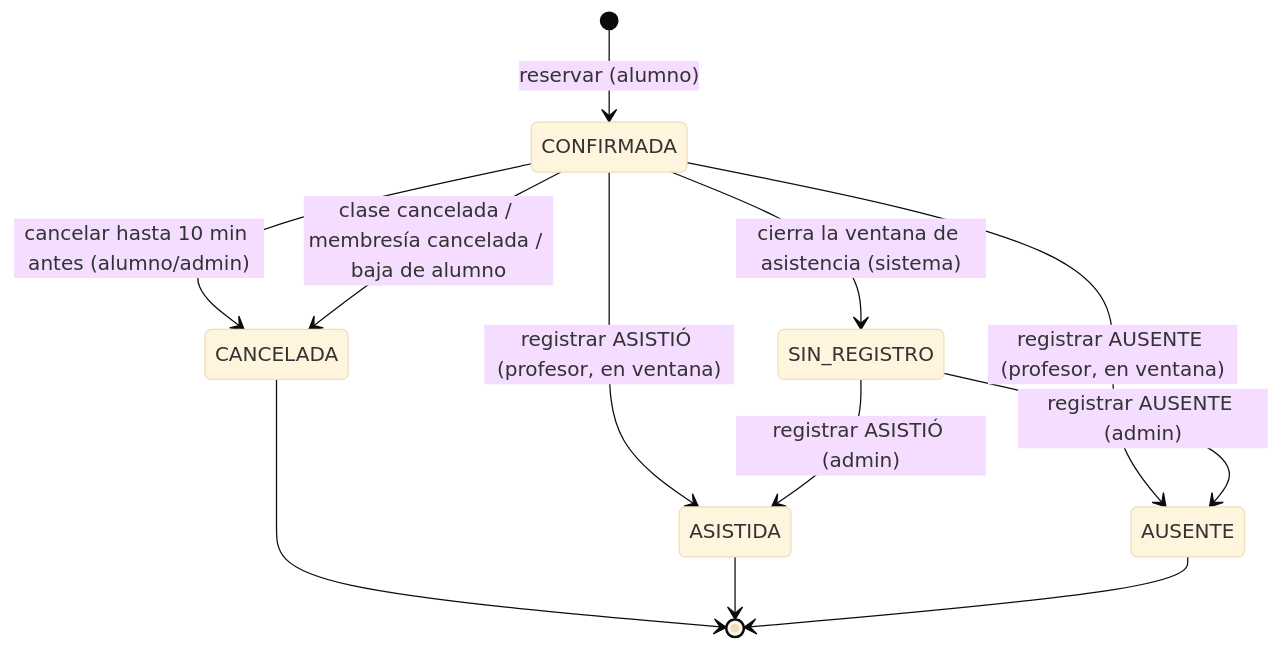
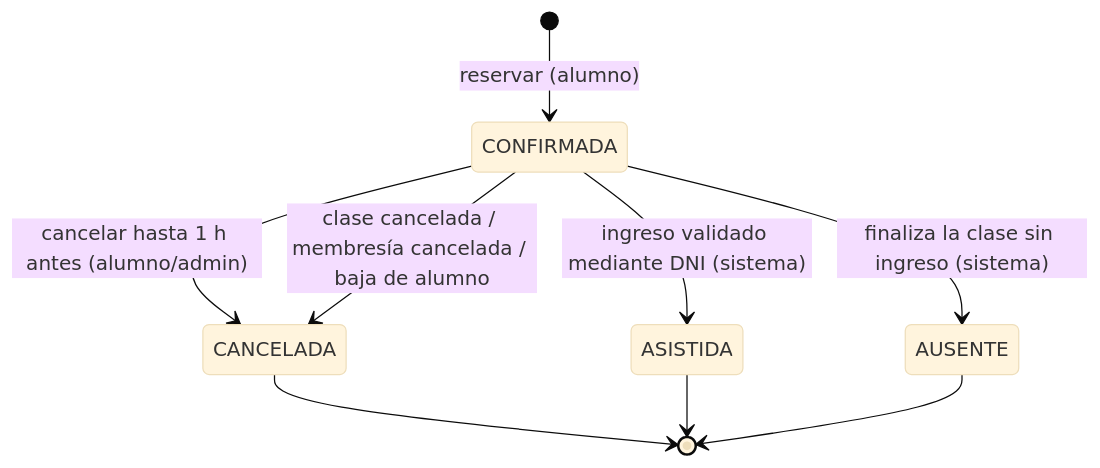
The fourth of 5 diagrams in SPEC.md (GuadiViti/Arquitectura-de-Software), drawn with Mermaid (base theme) before and after one commit. The commit also changed other lines of this file, not shown here.

````diff
--- a/SPEC.md
+++ b/SPEC.md
@@ -768,14 +766,11 @@
 ```mermaid
 stateDiagram-v2
     [*] --> CONFIRMADA : reservar (alumno)
-    CONFIRMADA --> CANCELADA : cancelar hasta 10 min antes (alumno/admin)
+    CONFIRMADA --> CANCELADA : cancelar hasta 1 h antes (alumno/admin)
     CONFIRMADA --> CANCELADA : clase cancelada / membresía cancelada / baja de alumno
-    CONFIRMADA --> ASISTIDA : registrar ASISTIÓ (profesor, en ventana)
-    CONFIRMADA --> AUSENTE : registrar AUSENTE (profesor, en ventana)
-    CONFIRMADA --> SIN_REGISTRO : cierra la ventana de asistencia (sistema)
-    SIN_REGISTRO --> ASISTIDA : registrar ASISTIÓ (admin)
-    SIN_REGISTRO --> AUSENTE : registrar AUSENTE (admin)
+    CONFIRMADA --> ASISTIDA : ingreso validado mediante DNI (sistema)
+    CONFIRMADA --> AUSENTE : finaliza la clase sin ingreso (sistema)
     CANCELADA --> [*]
     ASISTIDA --> [*]
     AUSENTE --> [*]
 ```
````
